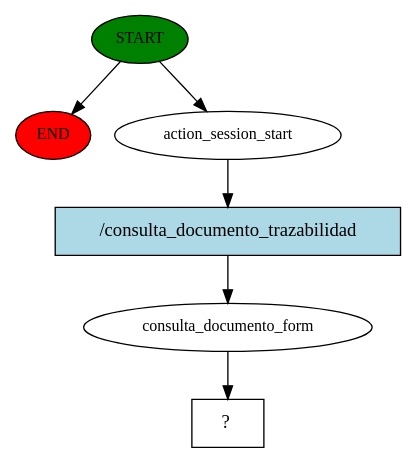
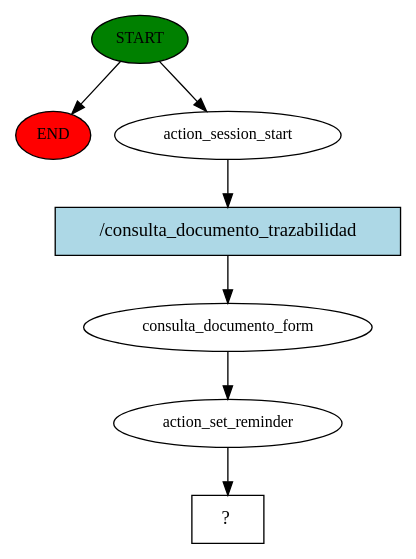
The diagram in story_graph.dot (neil-toscano/chat_bot_rasa), drawn with Graphviz before and after one commit. The commit also changed 9 other files, not shown here.

```diff
--- a/story_graph.dot
+++ b/story_graph.dot
@@ -1,13 +1,15 @@
 digraph  {
 0 [class="start active", fillcolor=green, fontsize=12, label=START, style=filled];
 "-1" [class=end, fillcolor=red, fontsize=12, label=END, style=filled];
 1 [class=active, fontsize=12, label=action_session_start];
 2 [class=active, fontsize=12, label=consulta_documento_form];
-3 [class="intent dashed active", label="  ?  ", shape=rect];
-4 [class="intent active", fillcolor=lightblue, label="/consulta_documento_trazabilidad", shape=rect, style=filled];
+3 [class=active, fontsize=12, label=action_set_reminder];
+4 [class="intent dashed active", label="  ?  ", shape=rect];
+5 [class="intent active", fillcolor=lightblue, label="/consulta_documento_trazabilidad", shape=rect, style=filled];
 0 -> "-1"  [class="", key=NONE, label=""];
 0 -> 1  [class=active, key=NONE, label=""];
-1 -> 4  [class=active, key=0];
+1 -> 5  [class=active, key=0];
 2 -> 3  [class=active, key=NONE, label=""];
-4 -> 2  [class=active, key=0];
+3 -> 4  [class=active, key=NONE, label=""];
+5 -> 2  [class=active, key=0];
 }
```
